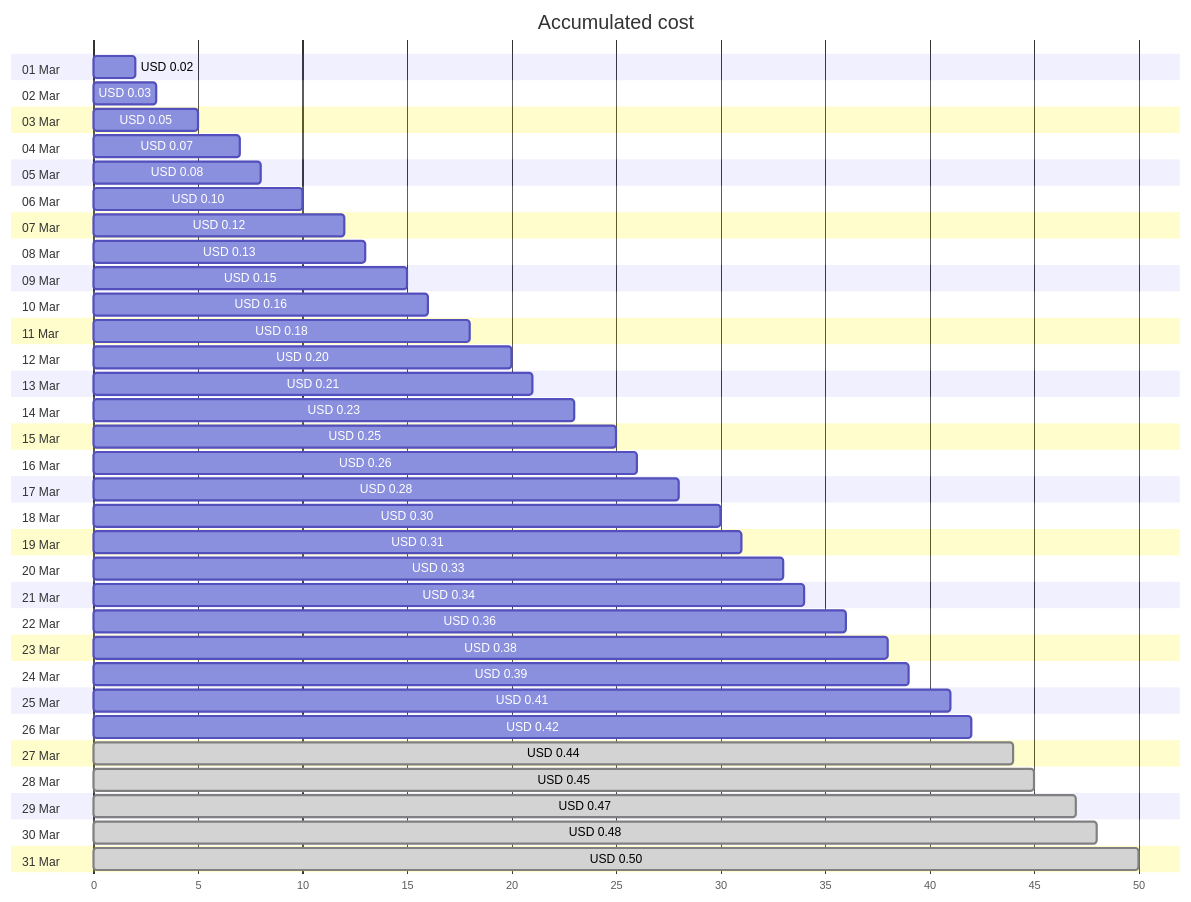
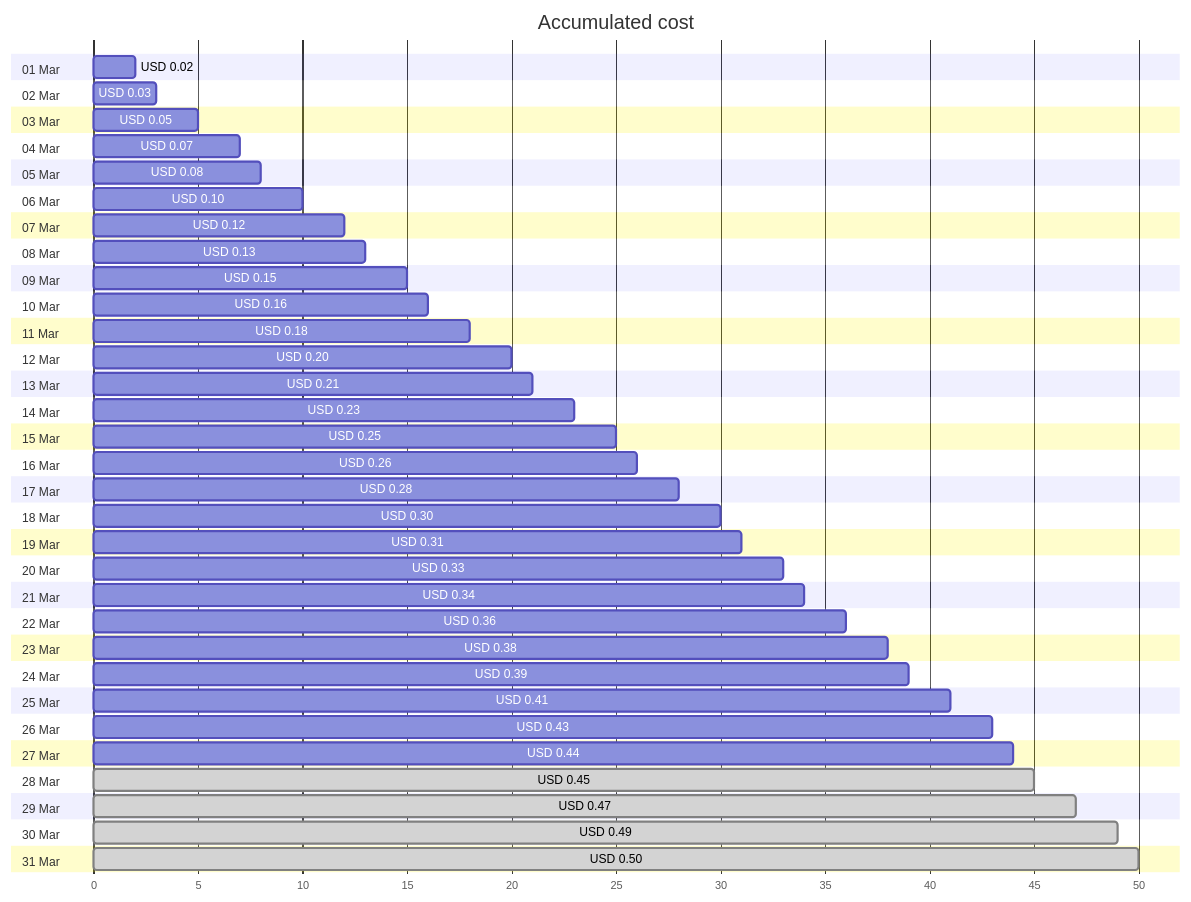
The first of 4 diagrams in cost-reports/personal-dns/jpatrickfulton.com.md (jpfulton/azure-personal-reports), drawn with Mermaid before and after one commit. The commit also changed other lines of this file and 2 other files, not shown here.

````diff
--- a/cost-reports/personal-dns/jpatrickfulton.com.md
+++ b/cost-reports/personal-dns/jpatrickfulton.com.md
@@ -20,68 +20,68 @@
 ```mermaid
 gantt
    title Accumulated cost
    dateFormat  X
    axisFormat %s
    section 01 Mar
    USD 0.02 :0, 2
    section 02 Mar
    USD 0.03 :0, 3
    section 03 Mar
    USD 0.05 :0, 5
    section 04 Mar
    USD 0.07 :0, 7
    section 05 Mar
    USD 0.08 :0, 8
    section 06 Mar
    USD 0.10 :0, 10
    section 07 Mar
    USD 0.12 :0, 12
    section 08 Mar
    USD 0.13 :0, 13
    section 09 Mar
    USD 0.15 :0, 15
    section 10 Mar
    USD 0.16 :0, 16
    section 11 Mar
    USD 0.18 :0, 18
    section 12 Mar
    USD 0.20 :0, 20
    section 13 Mar
    USD 0.21 :0, 21
    section 14 Mar
    USD 0.23 :0, 23
    section 15 Mar
    USD 0.25 :0, 25
    section 16 Mar
    USD 0.26 :0, 26
    section 17 Mar
    USD 0.28 :0, 28
    section 18 Mar
    USD 0.30 :0, 30
    section 19 Mar
    USD 0.31 :0, 31
    section 20 Mar
    USD 0.33 :0, 33
    section 21 Mar
    USD 0.34 :0, 34
    section 22 Mar
    USD 0.36 :0, 36
    section 23 Mar
    USD 0.38 :0, 38
    section 24 Mar
    USD 0.39 :0, 39
    section 25 Mar
    USD 0.41 :0, 41
    section 26 Mar
-   USD 0.42 :0, 42
+   USD 0.43 :0, 43
    section 27 Mar
-   USD 0.44 : done, 0, 44
+   USD 0.44 :0, 44
    section 28 Mar
    USD 0.45 : done, 0, 45
    section 29 Mar
    USD 0.47 : done, 0, 47
    section 30 Mar
-   USD 0.48 : done, 0, 48
+   USD 0.49 : done, 0, 49
    section 31 Mar
    USD 0.50 : done, 0, 50
 ```
````
